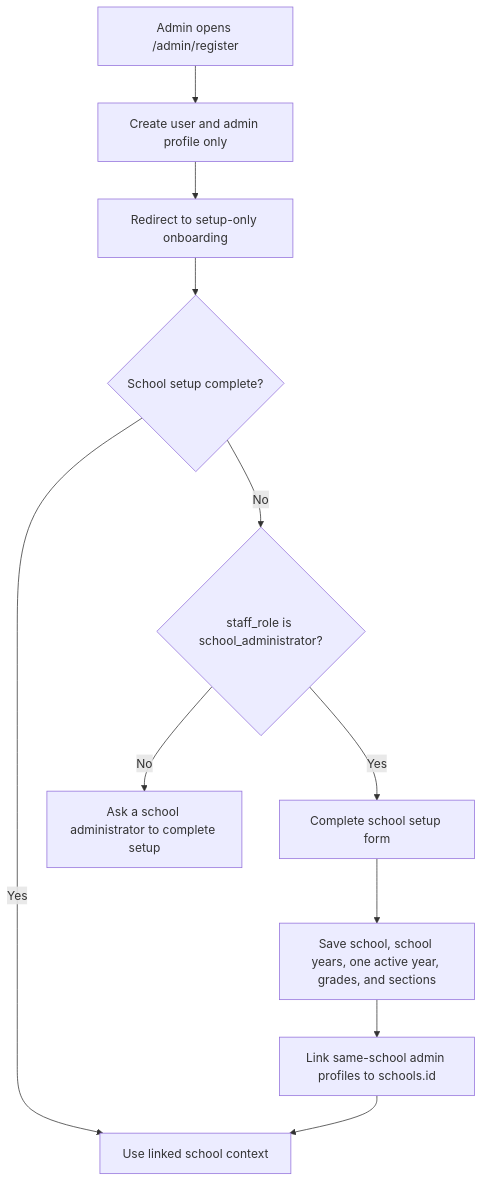
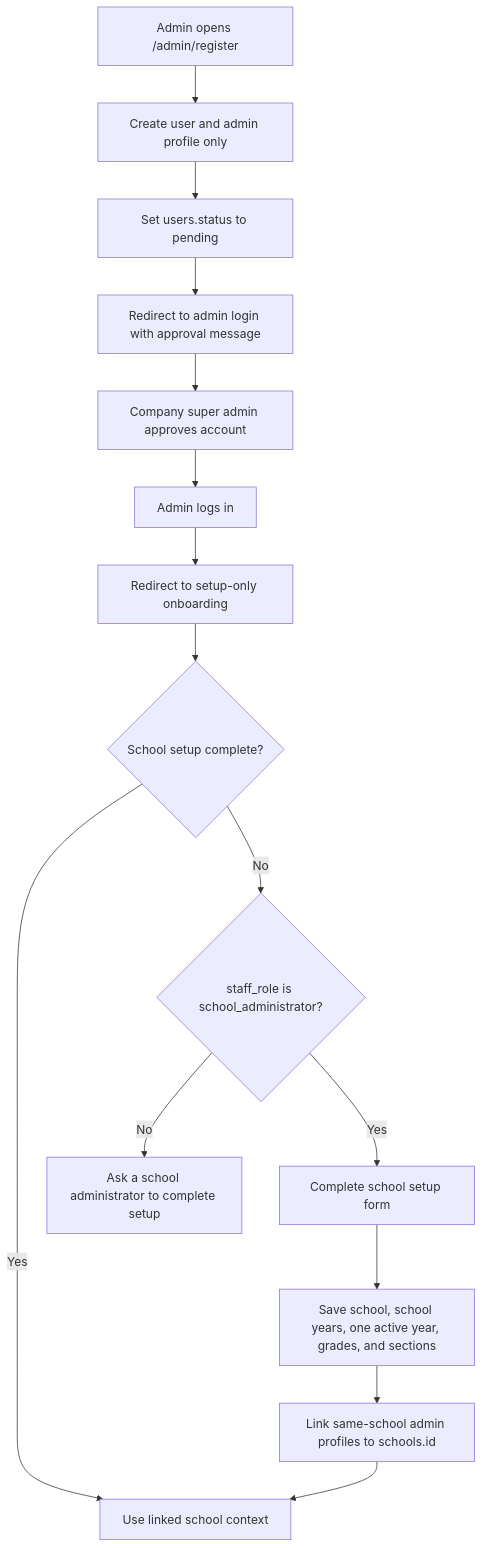
Before and after one commit to Xeyn19/xmetapay: the second of 7 diagrams in docs/DATABASE_SCHEMA_PLAN.md, drawn with Mermaid. The commit also changed other lines of this file and 14 other files, not shown here.

````diff
--- a/docs/DATABASE_SCHEMA_PLAN.md
+++ b/docs/DATABASE_SCHEMA_PLAN.md
@@ -691,13 +691,17 @@
 ```mermaid
 flowchart TD
   A["Admin opens /admin/register"] --> B["Create user and admin profile only"]
-  B --> C["Redirect to setup-only onboarding"]
-  C --> D{"School setup complete?"}
-  D -->|Yes| E["Use linked school context"]
-  D -->|No| F{"staff_role is school_administrator?"}
-  F -->|No| G["Ask a school administrator to complete setup"]
-  F -->|Yes| H["Complete school setup form"]
-  H --> I["Save school, school years, one active year, grades, and sections"]
-  I --> J["Link same-school admin profiles to schools.id"]
-  J --> E
+  B --> C["Set users.status to pending"]
+  C --> D["Redirect to admin login with approval message"]
+  D --> E["Company super admin approves account"]
+  E --> F["Admin logs in"]
+  F --> G["Redirect to setup-only onboarding"]
+  G --> H{"School setup complete?"}
+  H -->|Yes| I["Use linked school context"]
+  H -->|No| J{"staff_role is school_administrator?"}
+  J -->|No| K["Ask a school administrator to complete setup"]
+  J -->|Yes| L["Complete school setup form"]
+  L --> M["Save school, school years, one active year, grades, and sections"]
+  M --> N["Link same-school admin profiles to schools.id"]
+  N --> I
 ```
````
